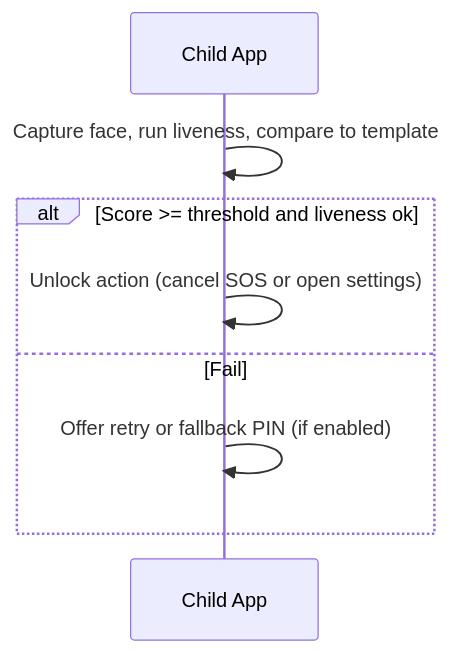
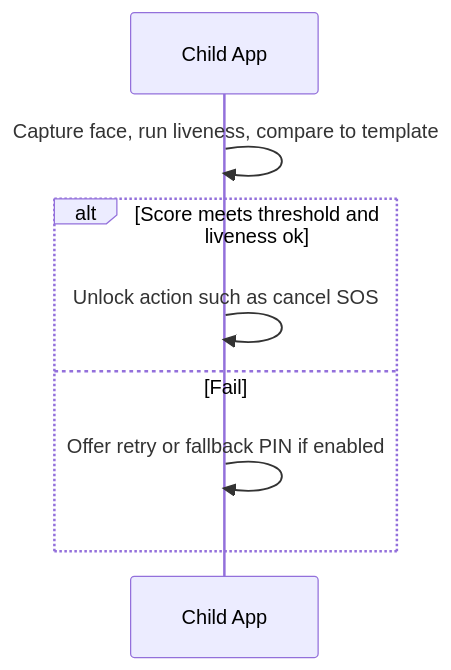
Before and after one commit to maiElkheshen066/safeGuard: the diagram in Doc/Child app/features/06_trusted_face_verification.md, drawn with Mermaid. The commit also changed other lines of this file and 9 other files, not shown here.

````diff
--- a/Doc/Child app/features/06_trusted_face_verification.md
+++ b/Doc/Child app/features/06_trusted_face_verification.md
@@ -26,10 +26,10 @@
 ```mermaid
 sequenceDiagram
   participant C as Child App
   C->>C: Capture face, run liveness, compare to template
-  alt Score >= threshold and liveness ok
-    C->>C: Unlock action (cancel SOS or open settings)
+  alt Score meets threshold and liveness ok
+    C->>C: Unlock action such as cancel SOS
   else Fail
-    C->>C: Offer retry or fallback PIN (if enabled)
+    C->>C: Offer retry or fallback PIN if enabled
   end
 ```
````
